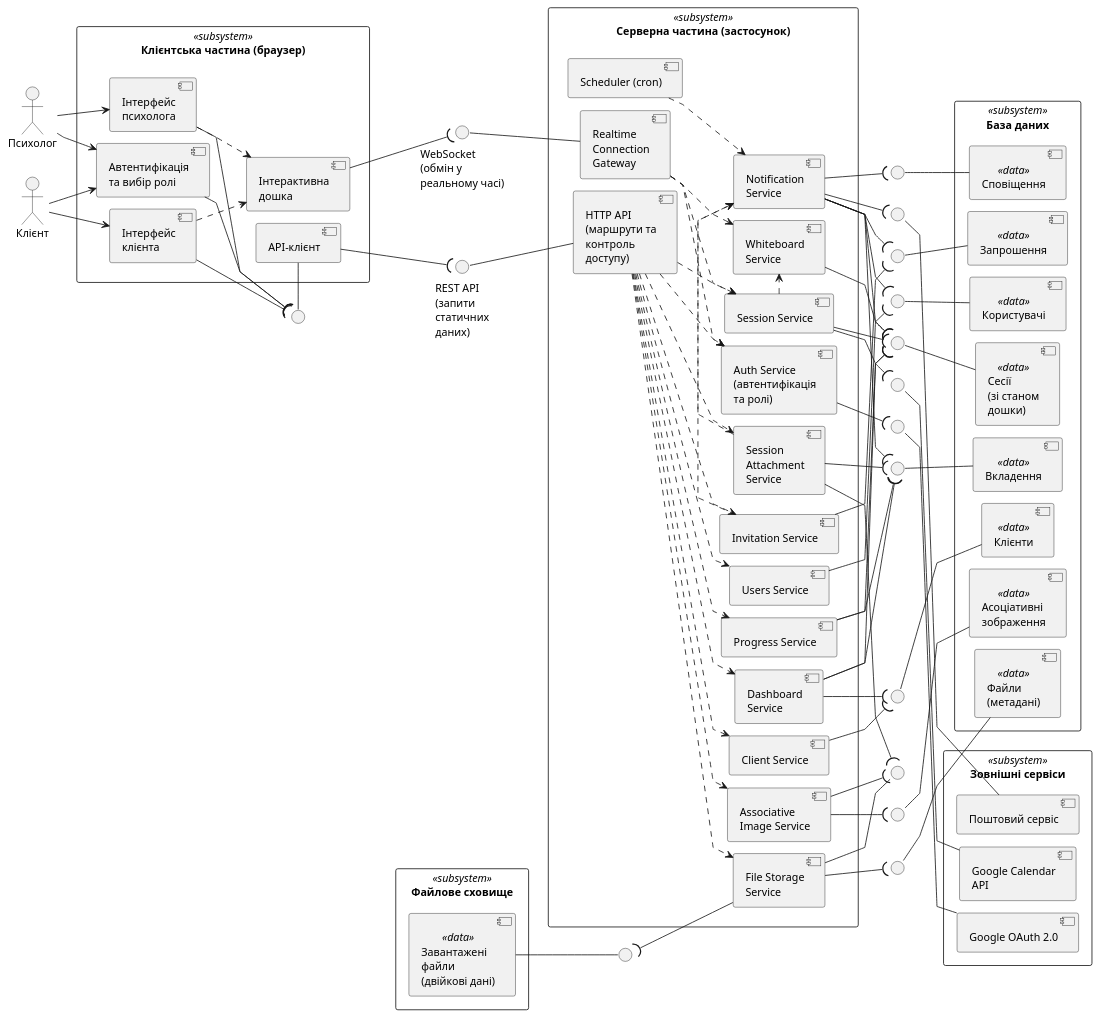
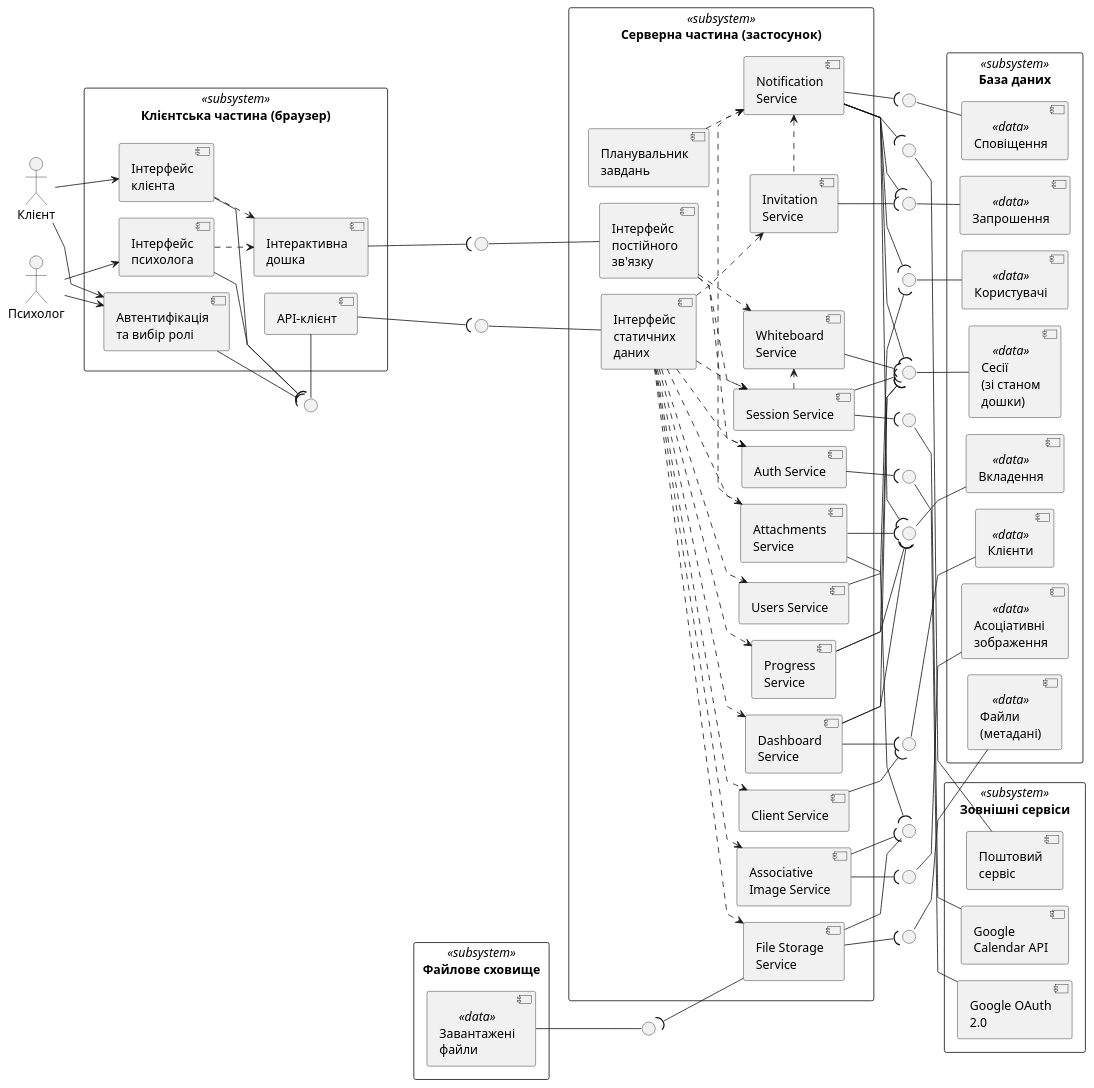
One commit to ArtemSmotritel/psycho changed the second of 2 diagrams in docs/diagrams/component-diagram.puml. Above: the diagram before and after it, drawn with PlantUML. The commit also changed other lines of this file and 107 other files, not shown here.

```diff
--- a/docs/diagrams/component-diagram.puml
+++ b/docs/diagrams/component-diagram.puml
@@ -3,9 +260,9 @@
 ' Уточнення попередньої архітектури (діаграма пакетів, додаток И / package7)
 ' за результатами детального проєктування (підрозділ 2.7).
 ' Серверні сервіси названі англійською — узгоджено з діаграмою послідовності
-' (додаток Е: SessionAttachmentService, FileStorageService).
+' (додаток Е: AttachmentsService, FileStorageService).
 ' Нотатки, враження та рекомендації — це типи вкладень сесії, які обробляє
-' єдиний Session Attachment Service (підрозділ 2.6.3).
+' єдиний Attachments Service (підрозділ 2.6.3).
 
 skinparam defaultFontName Arial
 skinparam shadowing false
@@ -20,9 +277,9 @@
 ' ортогональні лінії замість діагональних
 skinparam linetype polyline
 ' компактний режим для формату A4: менший шрифт і щільніші відступи
-skinparam defaultFontSize 13
-skinparam nodesep 15
-skinparam ranksep 45
+skinparam defaultFontSize 15
+skinparam nodesep 20
+skinparam ranksep 30
 
 actor "Психолог" as psycho
 actor "Клієнт" as clientActor
@@ -45,23 +302,23 @@
 
 package "Серверна частина (застосунок)" <<subsystem>> {
     together {
-      component "HTTP API\n(маршрути та контроль доступу)" as sHttp
-      component "Realtime Connection Gateway" as sGateway
+      component "Інтерфейс статичних даних" as sHttp
+      component "Інтерфейс постійного зв'язку" as sGateway
 
-      component "Scheduler (cron)" as sCron
       component "Notification Service" as sNotif
+      component "Планувальник завдань" as sCron
+      component "Invitation Service" as sInvites
       component "Whiteboard Service" as sWhiteboard
     }
 
     together {
-    component "Auth Service\n(автентифікація та ролі)" as sAuth
-    component "Session Attachment Service" as sAttach
+    component "Auth Service" as sAuth
+    component "Attachments Service" as sAttach
     component "Session Service" as sSessions
     }
     together {
     component "Users Service" as sUsers
     component "Client Service" as sClients
-    component "Invitation Service" as sInvites
 
     component "File Storage Service" as sFiles
     component "Associative Image Service" as sImages
@@ -89,13 +346,13 @@
 
 package "Файлове сховище" <<subsystem>> {
     ' єдине сховище двійкових даних; метадані файлів зберігаються в БД
-    component "Завантажені файли\n(двійкові дані)" <<data>> as fFiles
+    component "Завантажені файли" <<data>> as fFiles
 }
 
 
 ' ---- Канали взаємодії клієнт–сервер (два окремі канали, підрозділ 2.7) ----
-interface "REST API\n(запити статичних даних)" as iRest
-interface "WebSocket\n(обмін у реальному часі)" as iWs
+interface " " as iRest
+interface " " as iWs
 
 cApi --( iRest
 iRest -- sHttp
@@ -153,7 +410,7 @@
 ' такти Notification Service (черга листів за шаблоном transactional outbox)
 sCron ..> sNotif
 ' Invitation Service ставить листи-запрошення в чергу сповіщень
-sInvites .> sNotif
+sInvites .up.> sNotif
 ' додавання рекомендації-вкладення ставить сповіщення клієнту в чергу
 sAttach .> sNotif
 
@@ -218,4 +475,6 @@
 ' листи (зокрема запрошення) надсилає лише Notification Service
 sNotif --( iMail
 
+
+
 @enduml
```
